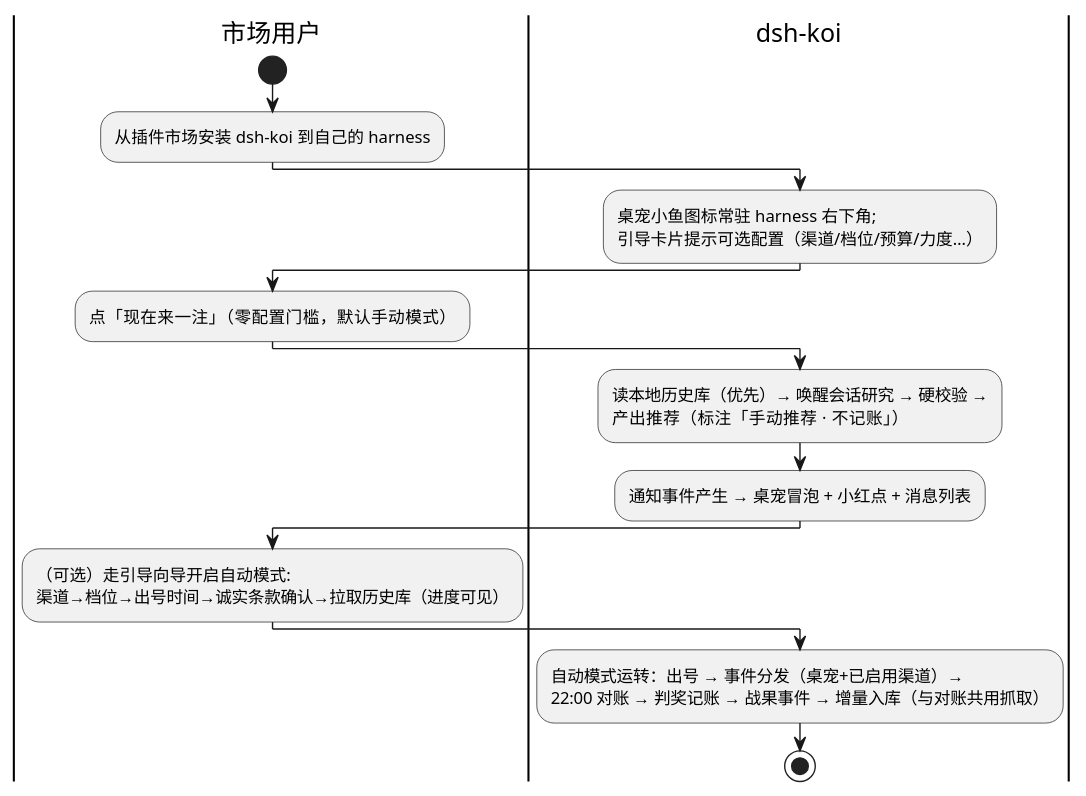
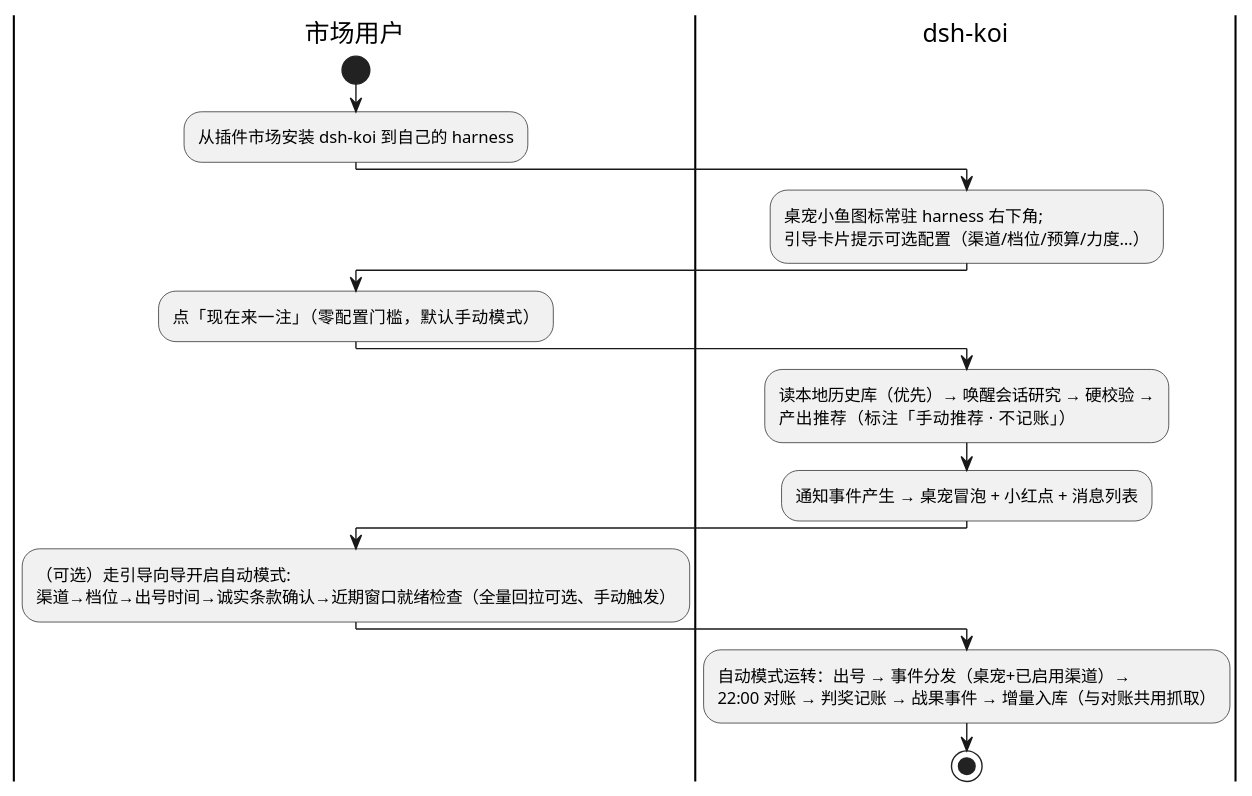
One commit to WolfGrandM/JustTwoYuan changed the diagram in docs/15-需求分析规格-IR-市场版.md. Above: the diagram before and after it, drawn with PlantUML. The commit also changed other lines of this file and 2 other files, not shown here.

````diff
--- a/docs/15-需求分析规格-IR-市场版.md
+++ b/docs/15-需求分析规格-IR-市场版.md
@@ -41,19 +41,19 @@
 ```plantuml
 @startuml
 |市场用户|
 start
 :从插件市场安装 dsh-koi 到自己的 harness;
 |dsh-koi|
 :桌宠小鱼图标常驻 harness 右下角;\n引导卡片提示可选配置（渠道/档位/预算/力度…）;
 |市场用户|
 :点「现在来一注」（零配置门槛，默认手动模式）;
 |dsh-koi|
 :读本地历史库（优先）→ 唤醒会话研究 → 硬校验 →\n产出推荐（标注「手动推荐 · 不记账」）;
 :通知事件产生 → 桌宠冒泡 + 小红点 + 消息列表;
 |市场用户|
-:（可选）走引导向导开启自动模式:\n渠道→档位→出号时间→诚实条款确认→拉取历史库（进度可见）;
+:（可选）走引导向导开启自动模式:\n渠道→档位→出号时间→诚实条款确认→近期窗口就绪检查（全量回拉可选、手动触发）;
 |dsh-koi|
 :自动模式运转：出号 → 事件分发（桌宠+已启用渠道）→\n22:00 对账 → 判奖记账 → 战果事件 → 增量入库（与对账共用抓取）;
 stop
 @enduml
 ```
````
